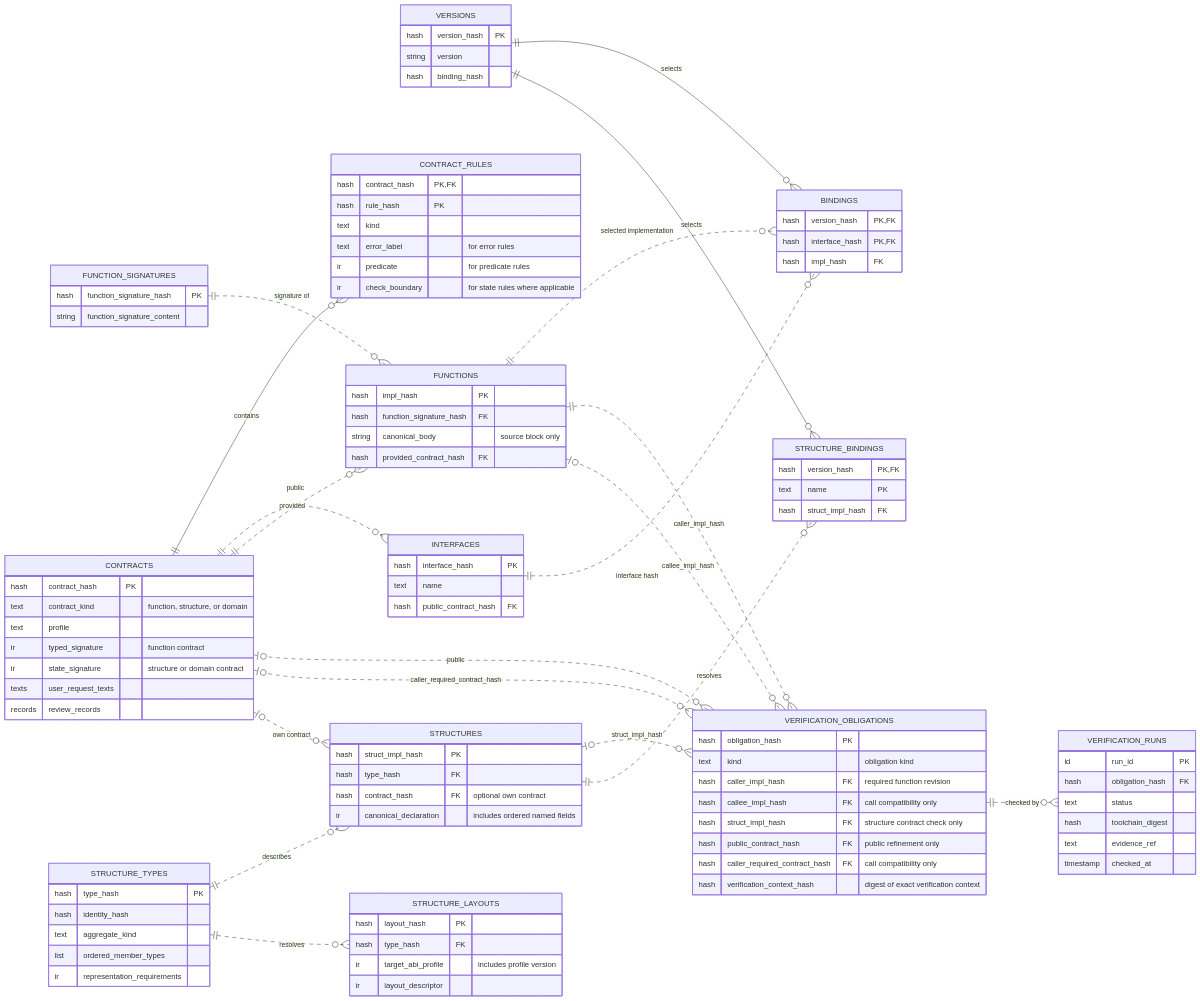
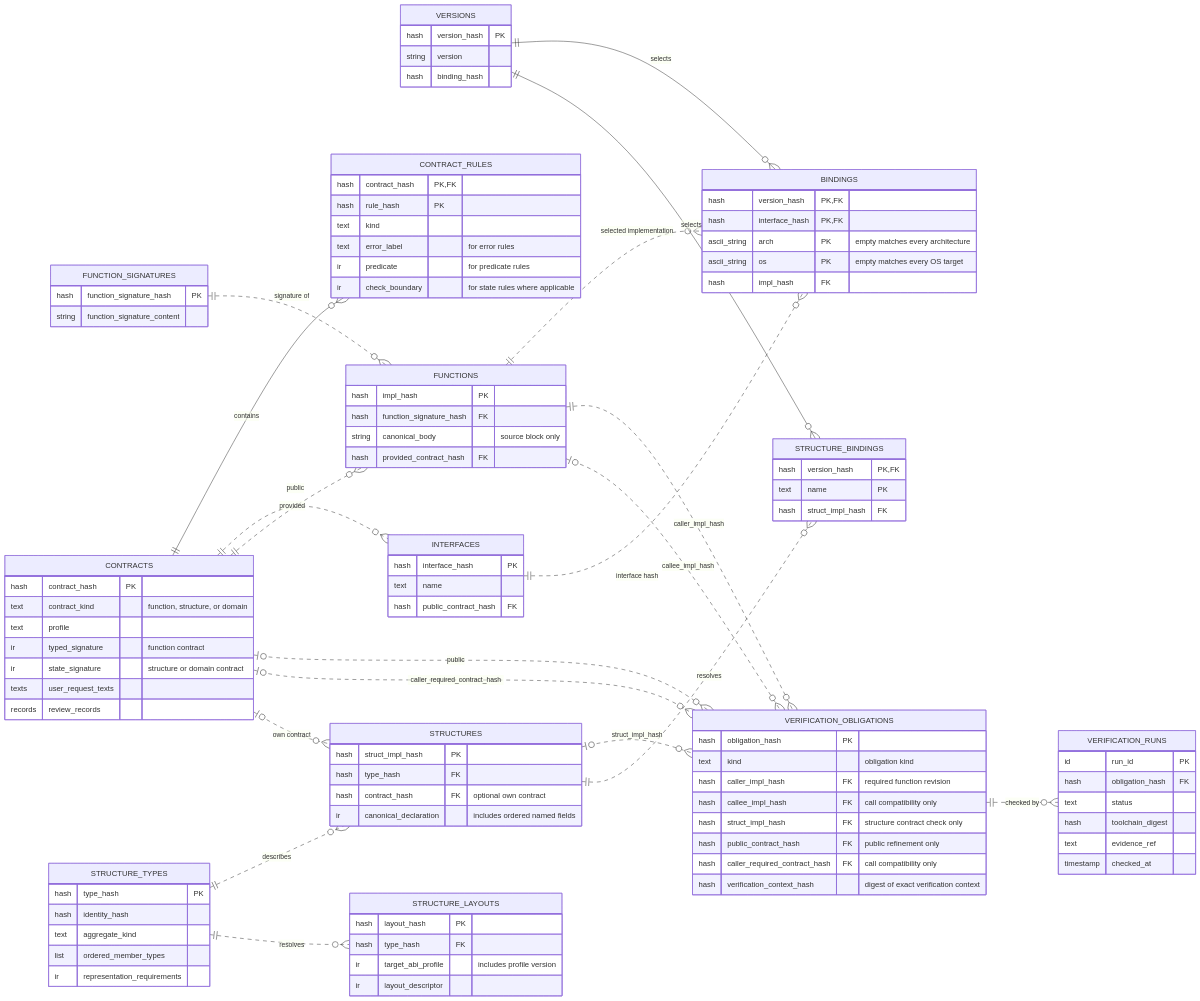
The third of 3 diagrams in draft/RFC.md (aivibeflow/LLMLang), drawn with Mermaid before and after one commit. The commit also changed other lines of this file and 247 other files, not shown here.

First line of the commit message:
Resolve SPG bindings by architecture and OS (#735)

```diff
--- a/draft/RFC.md
+++ b/draft/RFC.md
@@ -127,6 +127,8 @@
     BINDINGS {
         hash version_hash PK,FK
         hash interface_hash PK,FK
+        ascii_string arch PK "empty matches every architecture"
+        ascii_string os PK "empty matches every OS target"
         hash impl_hash FK
     }
     VERIFICATION_OBLIGATIONS {
```
